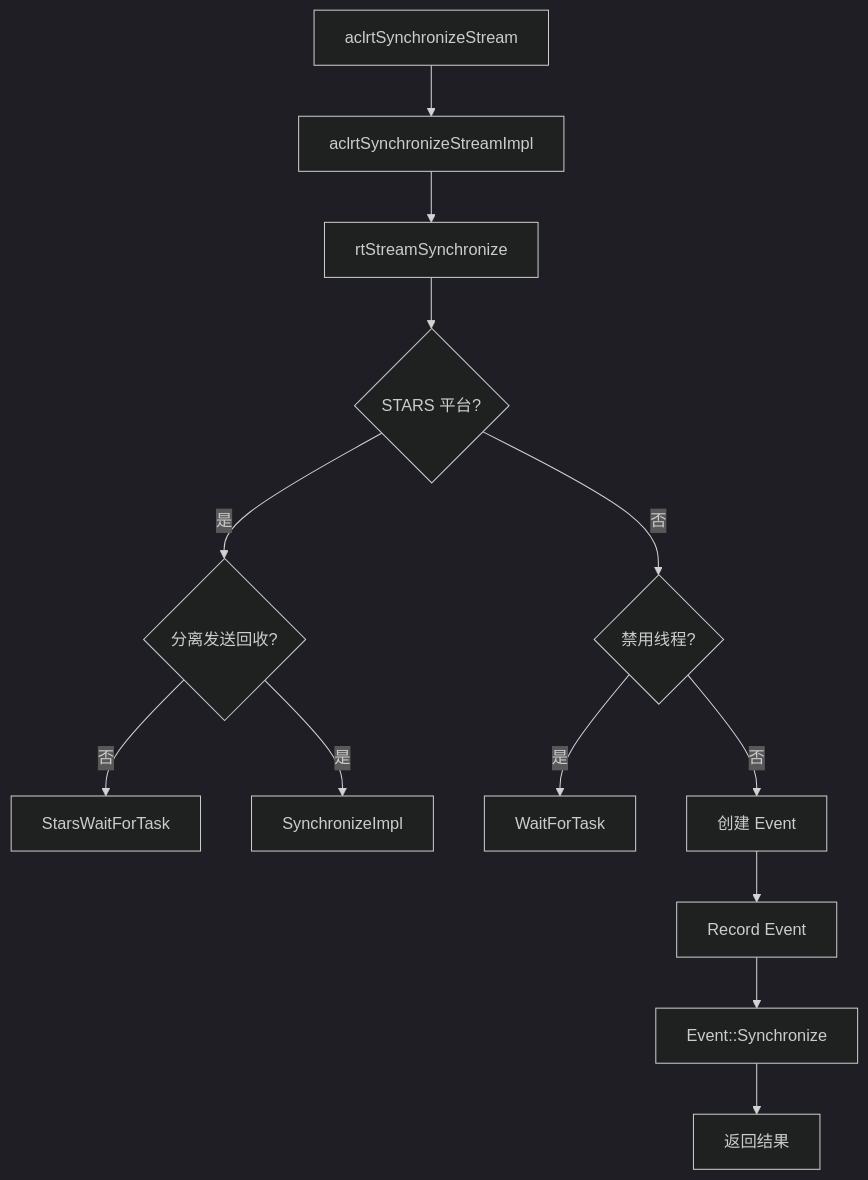
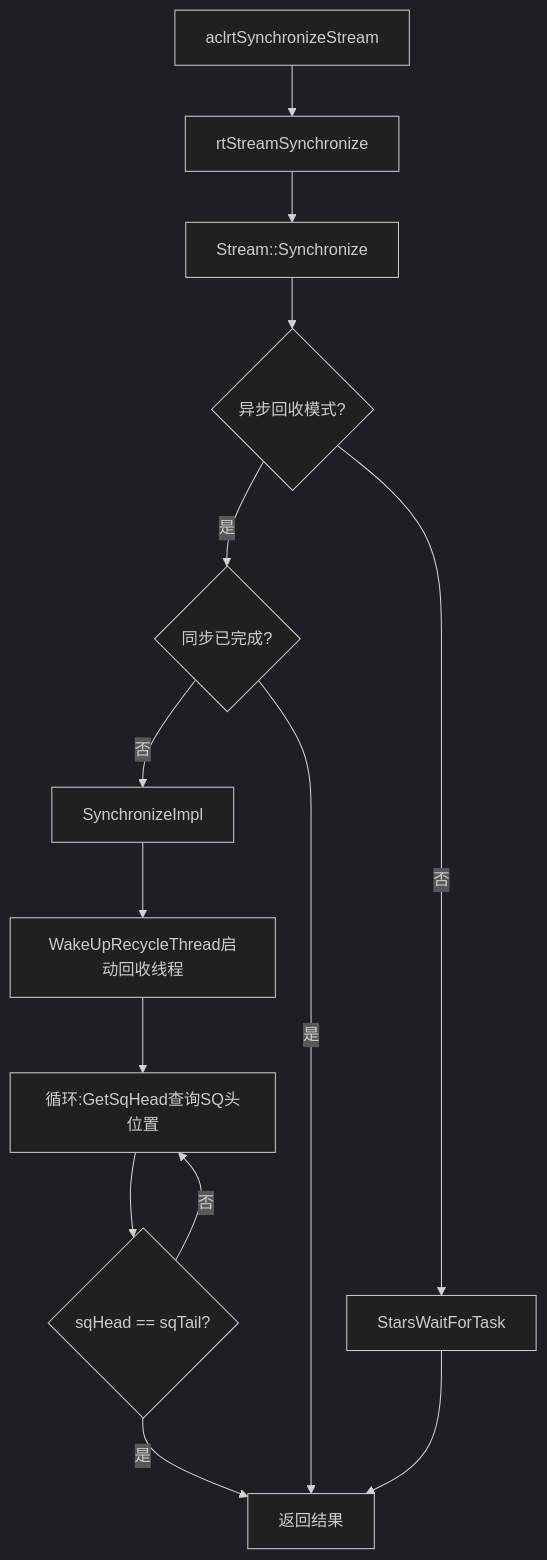
Before and after one commit to 18liumin/runtime: the fourth of 6 diagrams in docs/design/modules/stream/stream.md, drawn with Mermaid (dark theme). The commit also changed other lines of this file, not shown here.

````diff
--- a/docs/design/modules/stream/stream.md
+++ b/docs/design/modules/stream/stream.md
@@ -342,15 +285,16 @@
 ```mermaid
 flowchart TD
-    A[aclrtSynchronizeStream] --> B[aclrtSynchronizeStreamImpl]
-    B --> C[rtStreamSynchronize]
-    C --> D{STARS 平台?}
-    D -->|是| E{分离发送回收?}
-    E -->|否| F[StarsWaitForTask]
-    E -->|是| G[SynchronizeImpl]
-    D -->|否| H{禁用线程?}
-    H -->|是| I[WaitForTask]
-    H -->|否| J[创建 Event]
-    J --> K[Record Event]
-    K --> L[Event::Synchronize]
-    L --> M[返回结果]
+    A[aclrtSynchronizeStream] --> B[rtStreamSynchronize]
+    B --> C[Stream::Synchronize]
+    C --> D{异步回收模式?}
+    D -->|否| E[StarsWaitForTask]
+    D -->|是| F{同步已完成?}
+    F -->|否| G[SynchronizeImpl]
+    G --> G1[WakeUpRecycleThread启动回收线程]
+    G1 --> G2[循环:GetSqHead查询SQ头位置]
+    G2 --> G3{sqHead == sqTail?}
+    G3 -->|否| G2
+    G3 -->|是| H[返回结果]
+    F -->|是| H
+    E --> H
 ```
````
